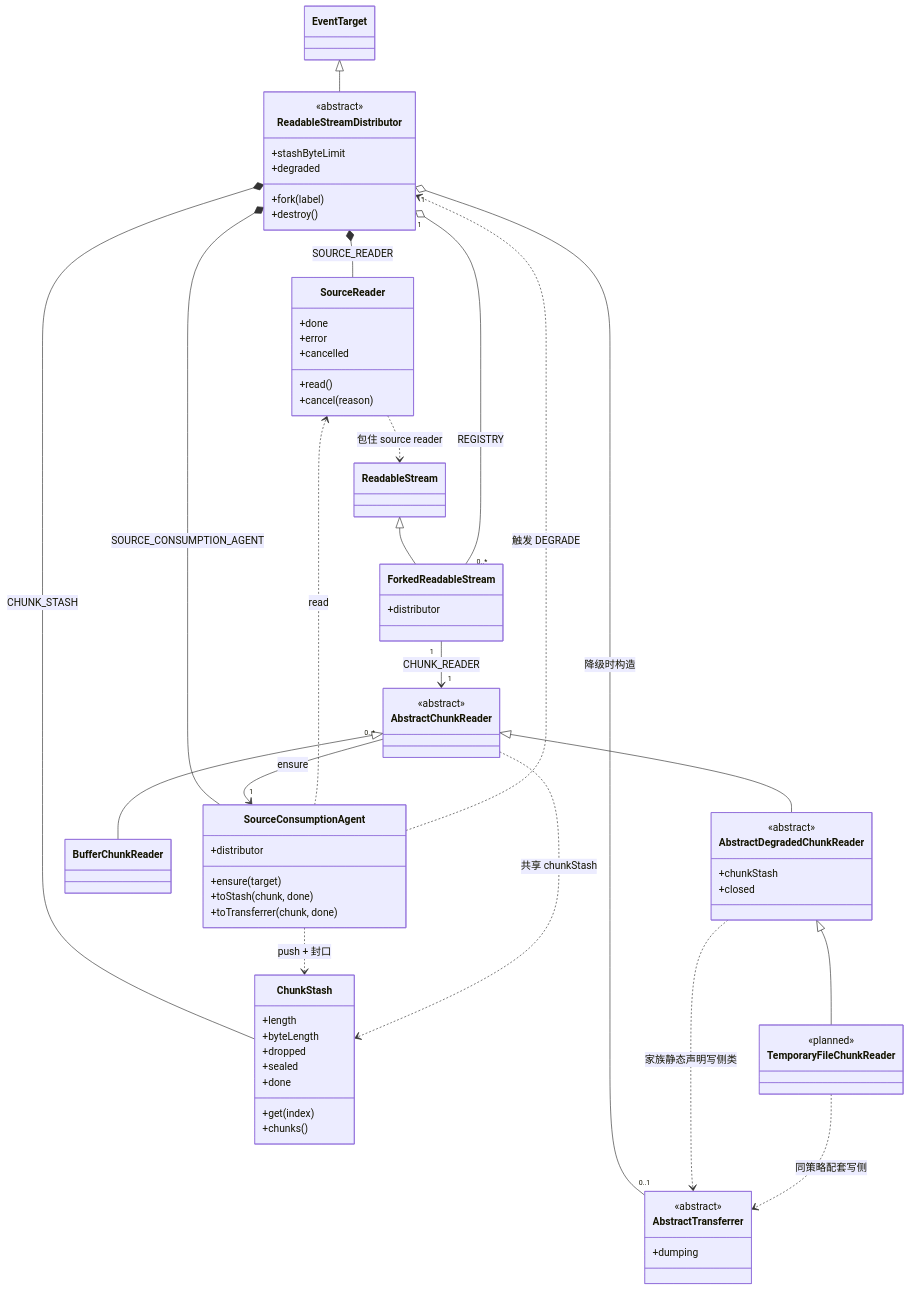
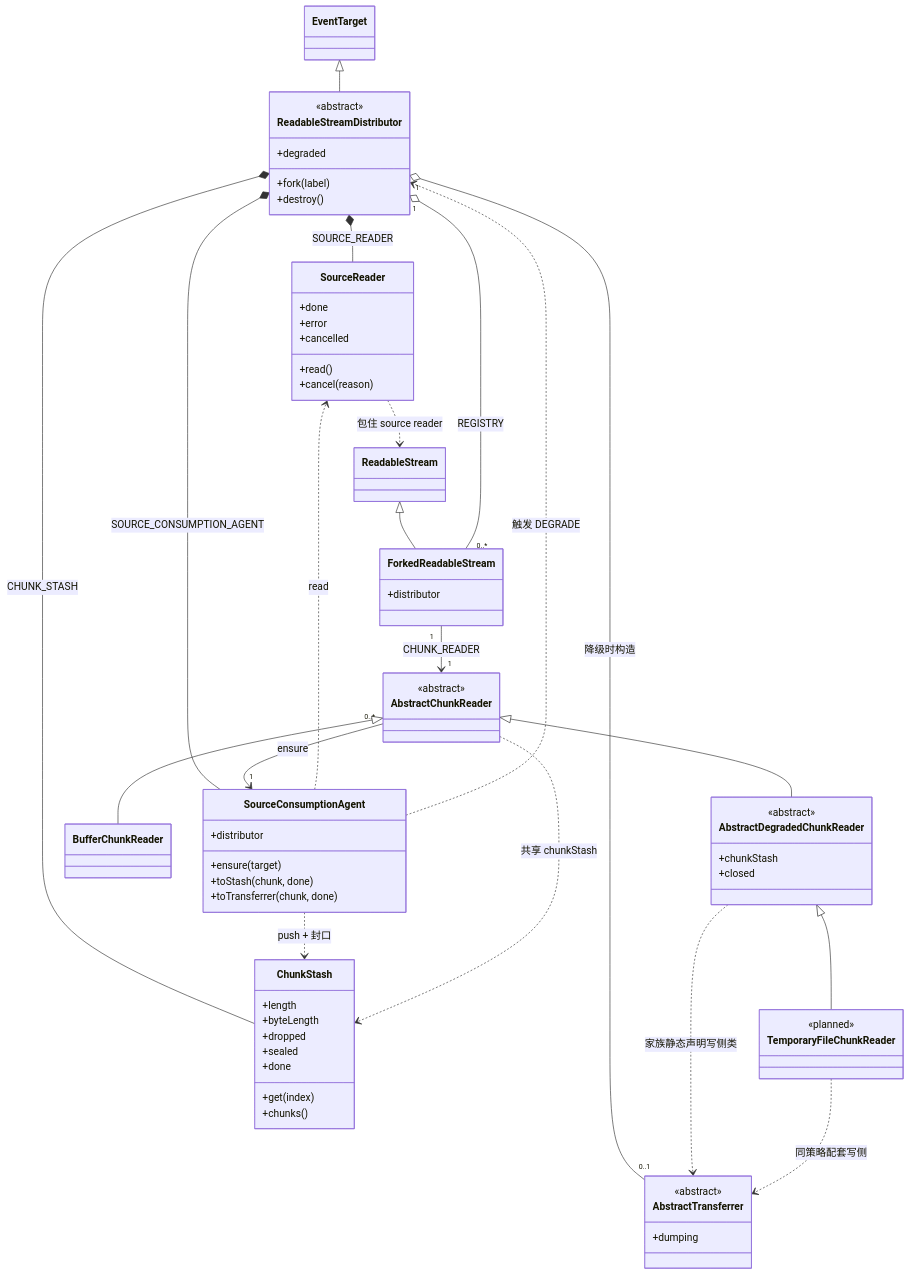
Before and after one commit to produck/node-readable-stream-distributor: the second of 6 diagrams in DESIGN.md, drawn with Mermaid. The commit also changed other lines of this file and 5 other files, not shown here.

```diff
--- a/DESIGN.md
+++ b/DESIGN.md
@@ -134,7 +135,6 @@
 
     class ReadableStreamDistributor {
         <<abstract>>
-        +stashByteLimit
         +degraded
         +fork(label)
         +destroy()
```
